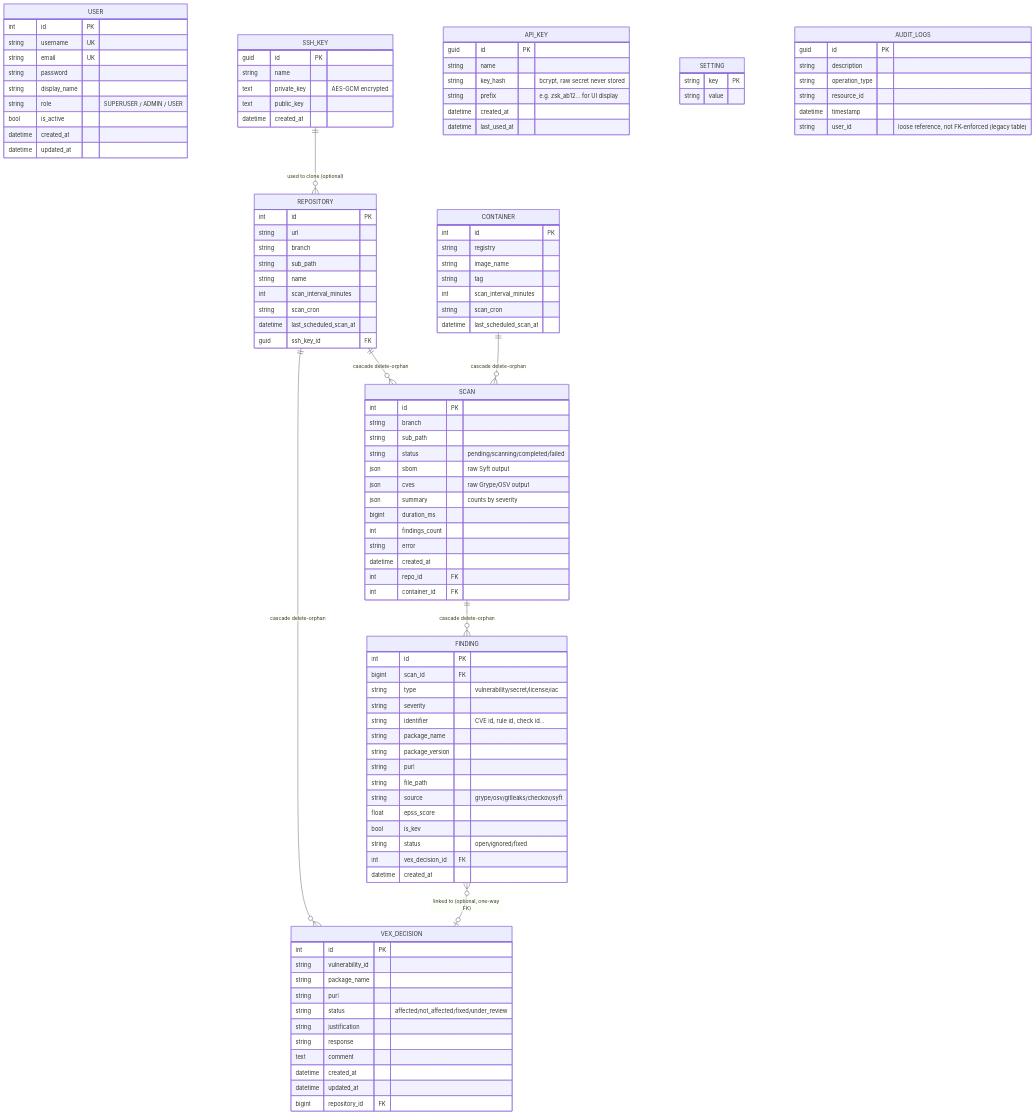
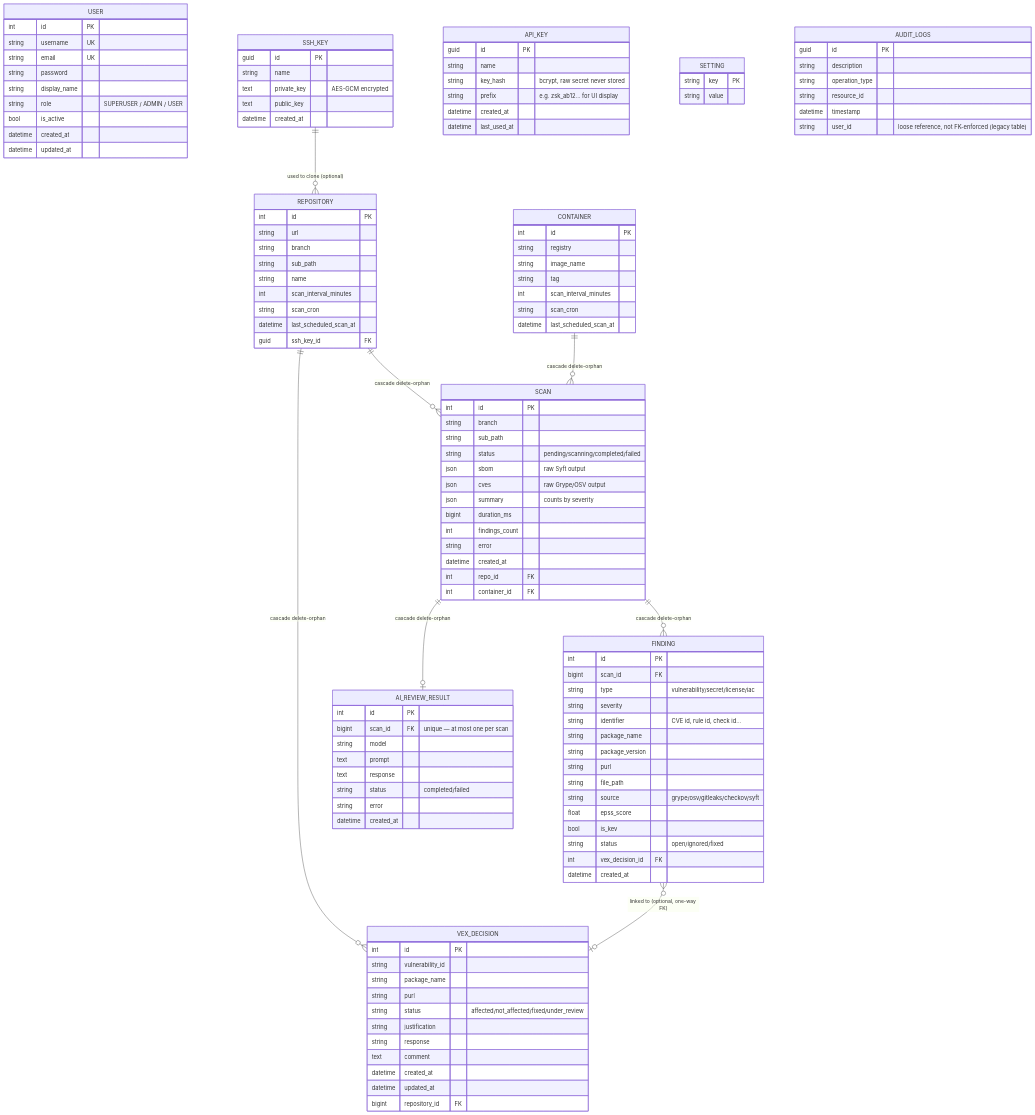
The second of 6 diagrams in docs/TECHNICAL_DOCUMENTATION.md (asmolabs/vectispire), drawn with Mermaid before and after one commit. The commit also changed other lines of this file and 15 other files, not shown here.

````diff
--- a/docs/TECHNICAL_DOCUMENTATION.md
+++ b/docs/TECHNICAL_DOCUMENTATION.md
@@ -172,10 +172,22 @@
         string user_id "loose reference, not FK-enforced (legacy table)"
     }
 
+    AI_REVIEW_RESULT {
+        int id PK
+        bigint scan_id FK "unique — at most one per scan"
+        string model
+        text prompt
+        text response
+        string status "completed/failed"
+        string error
+        datetime created_at
+    }
+
     SSH_KEY ||--o{ REPOSITORY : "used to clone (optional)"
     REPOSITORY ||--o{ SCAN : "cascade delete-orphan"
     CONTAINER ||--o{ SCAN : "cascade delete-orphan"
     SCAN ||--o{ FINDING : "cascade delete-orphan"
+    SCAN ||--o| AI_REVIEW_RESULT : "cascade delete-orphan"
     REPOSITORY ||--o{ VEX_DECISION : "cascade delete-orphan"
     FINDING }o--o| VEX_DECISION : "linked to (optional, one-way FK)"
 ```
````
